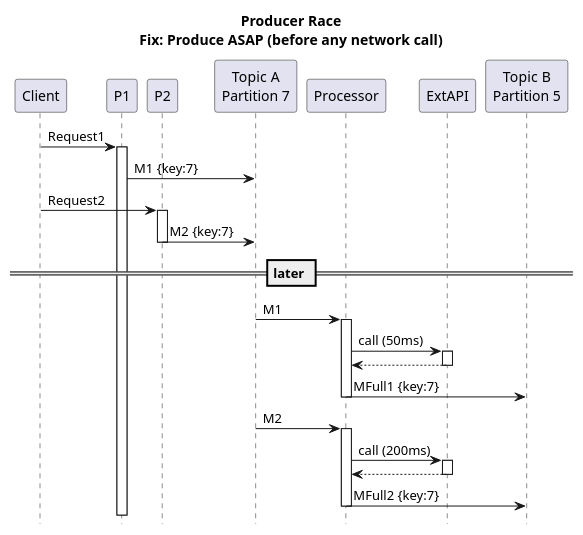
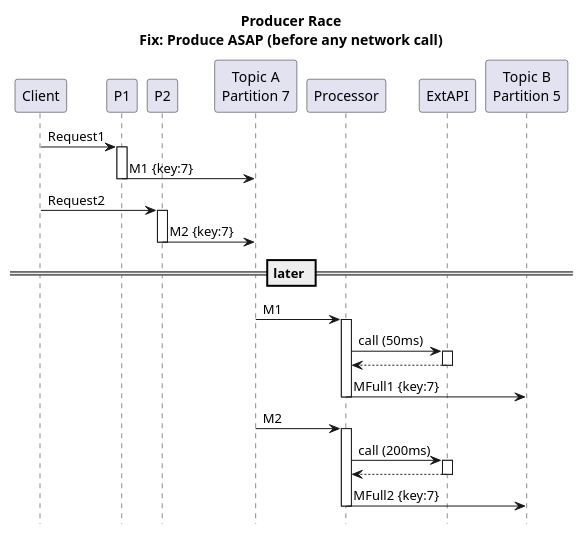
One commit to victorrentea/kafka changed the diagram in patterns/2_order_p_[fix]kafka_produce_asap.puml. Above: the diagram before and after it, drawn with PlantUML. The commit also changed other lines of this file and 27 other files, not shown here.

```diff
--- a/patterns/2_order_p_[fix]kafka_produce_asap.puml
+++ b/patterns/2_order_p_[fix]kafka_produce_asap.puml
@@ -1,27 +1,25 @@
 @startuml
 title Producer Race\nFix: Produce ASAP (before any network call)
 hide footbox
 participant Client
 participant P1
 participant P2
 participant "Topic A\nPartition 7" as TA_P7
 participant "Topic B\nPartition 5" as TB_P5 order 10
 
 Client->P1++: Request1
-TA_P7<-P1: M1 {key:7}
-'Client<--P1--:202 Accepted
+TA_P7<-P1--: M1 {key:7}
 Client->P2++: Request2
-P2->TA_P7: M2 {key:7}
-P2--
+TA_P7<-P2--: M2 {key:7}
 
 == later ==
 TA_P7->Processor++:M1
 Processor->ExtAPI++:call (50ms)
 Processor<--ExtAPI--
 TB_P5<-Processor--:MFull1 {key:7}
 
 TA_P7->Processor++:M2
 Processor->ExtAPI++:call (200ms)
 Processor<--ExtAPI--
 TB_P5<-Processor--:MFull2 {key:7}
 @enduml
```
